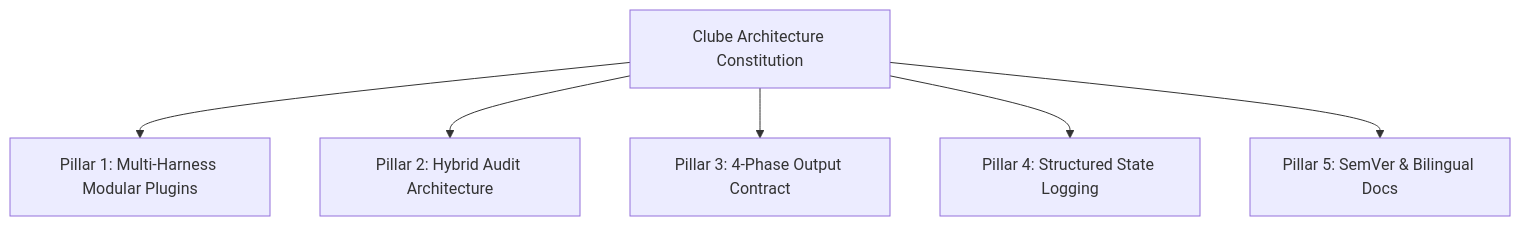
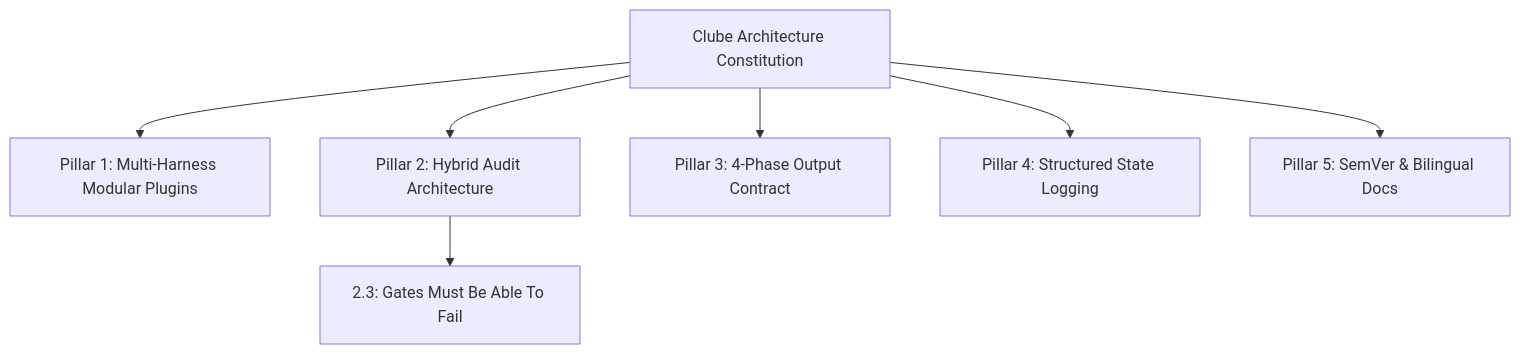
One commit to renanbs/clube-marketplace changed the first of 7 diagrams in plugins/clube/skills/clube-architecture/SKILL.md. Above: the diagram before and after it, drawn with Mermaid. The commit also changed other lines of this file and 15 other files, not shown here.

````diff
--- a/plugins/clube/skills/clube-architecture/SKILL.md
+++ b/plugins/clube/skills/clube-architecture/SKILL.md
@@ -10,8 +10,9 @@
 ```mermaid
 flowchart TD
     A[Clube Architecture Constitution] --> B[Pillar 1: Multi-Harness Modular Plugins]
     A --> C[Pillar 2: Hybrid Audit Architecture]
     A --> D[Pillar 3: 4-Phase Output Contract]
     A --> E[Pillar 4: Structured State Logging]
     A --> F[Pillar 5: SemVer & Bilingual Docs]
+    C --> G[2.3: Gates Must Be Able To Fail]
 ```
````
